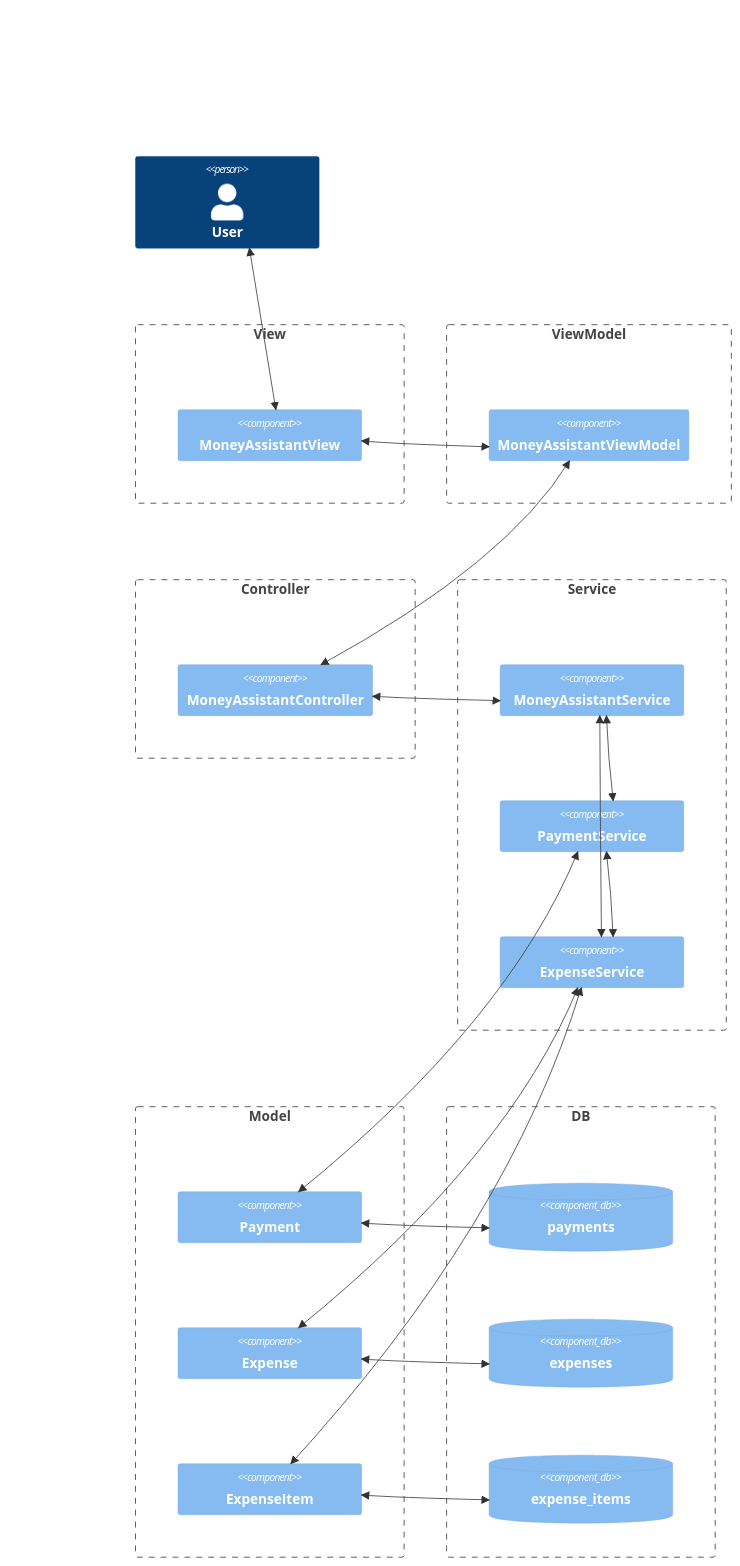
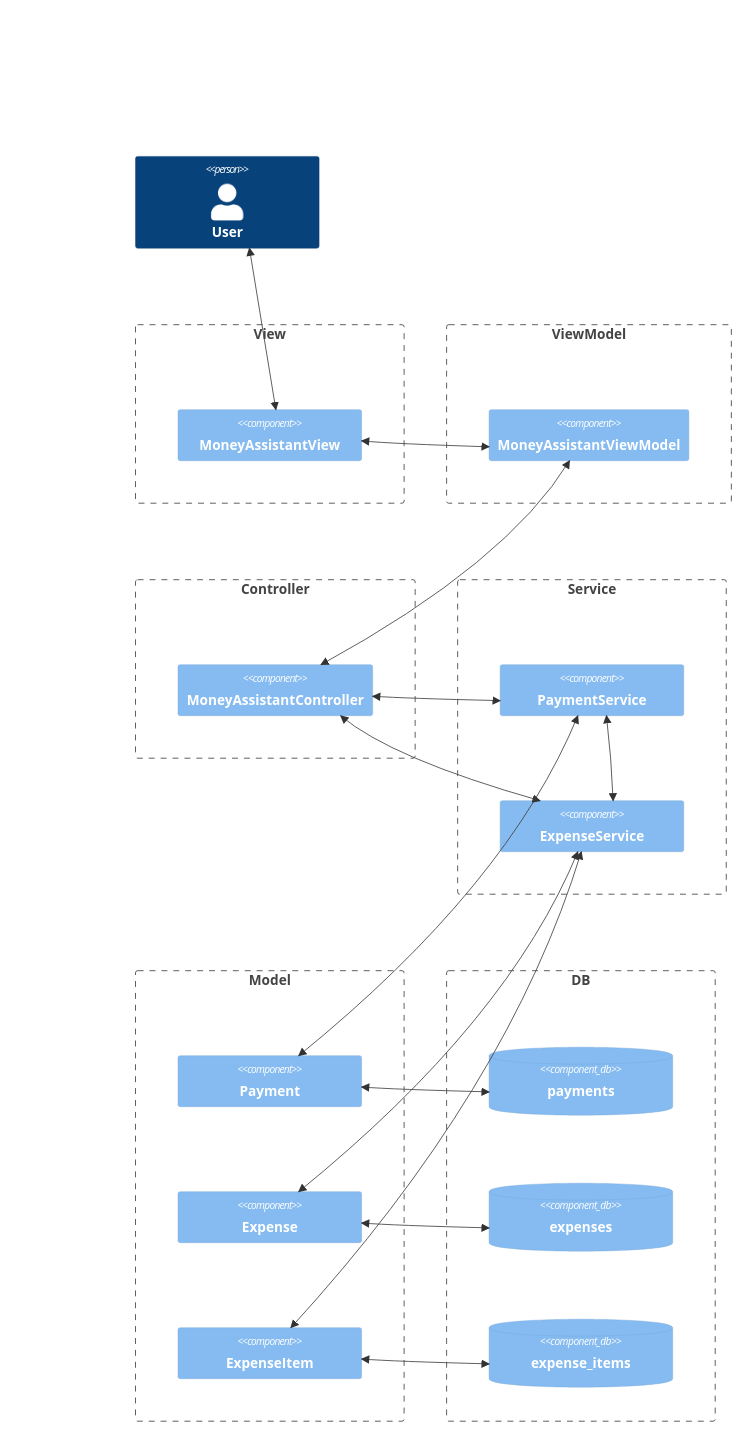
The second of 4 diagrams in Doc/MoneyAssistant.md (PONzu-0529/ponzu0529-niconico), drawn with Mermaid before and after one commit. The commit also changed other lines of this file, not shown here.

Commit message:
Update Document for MoneyAssistant

````diff
--- a/Doc/MoneyAssistant.md
+++ b/Doc/MoneyAssistant.md
@@ -43,60 +43,56 @@
 ```mermaid
 C4Context
   Person(user, "User", "")
 
   Boundary(view, "View", "") {
     Component(money_assistant_view, "MoneyAssistantView", "", "")
   }
 
   Boundary(view_model, "ViewModel", "") {
     Component(money_assistant_view_model, "MoneyAssistantViewModel", "", "")
   }
 
   Boundary(controller, "Controller", "") {
     Component(money_assistant_controller, "MoneyAssistantController", "", "")
   }
 
   Boundary(service, "Service", "") {
-    Component(money_assistant_service, "MoneyAssistantService", "", "")
-
     Component(payment_service, "PaymentService", "", "")
 
     Component(expense_service, "ExpenseService", "", "")
   }
 
   Boundary(model, "Model", "") {
     Component(model-payment, "Payment", "", "")
 
     Component(model-expense, "Expense", "", "")
 
     Component(model-expense_item, "ExpenseItem", "", "")
   }
 
   Boundary(db, "DB", "") {
     ComponentDb(db-payments, "payments", "", "")
 
     ComponentDb(db-expenses, "expenses", "", "")
 
     ComponentDb(db-expense_items, "expense_items", "", "")
   }
 
   BiRel(user, money_assistant_view, "", "")
 
   BiRel(money_assistant_view, money_assistant_view_model, "", "")
 
   BiRel(money_assistant_view_model, money_assistant_controller, "", "")
 
-  BiRel(money_assistant_controller, money_assistant_service, "", "")
-
-  BiRel(money_assistant_service, expense_service, "", "")
-  BiRel(money_assistant_service, payment_service, "", "")
+  BiRel(money_assistant_controller, payment_service, "", "")
+  BiRel(money_assistant_controller, expense_service, "", "")
   BiRel(expense_service, payment_service, "", "")
 
   BiRel(payment_service, model-payment, "", "")
   BiRel(expense_service, model-expense, "", "")
   BiRel(expense_service, model-expense_item, "", "")
 
   BiRel(model-payment, db-payments, "", "")
   BiRel(model-expense, db-expenses, "", "")
   BiRel(model-expense_item, db-expense_items, "", "")
 ```
````
